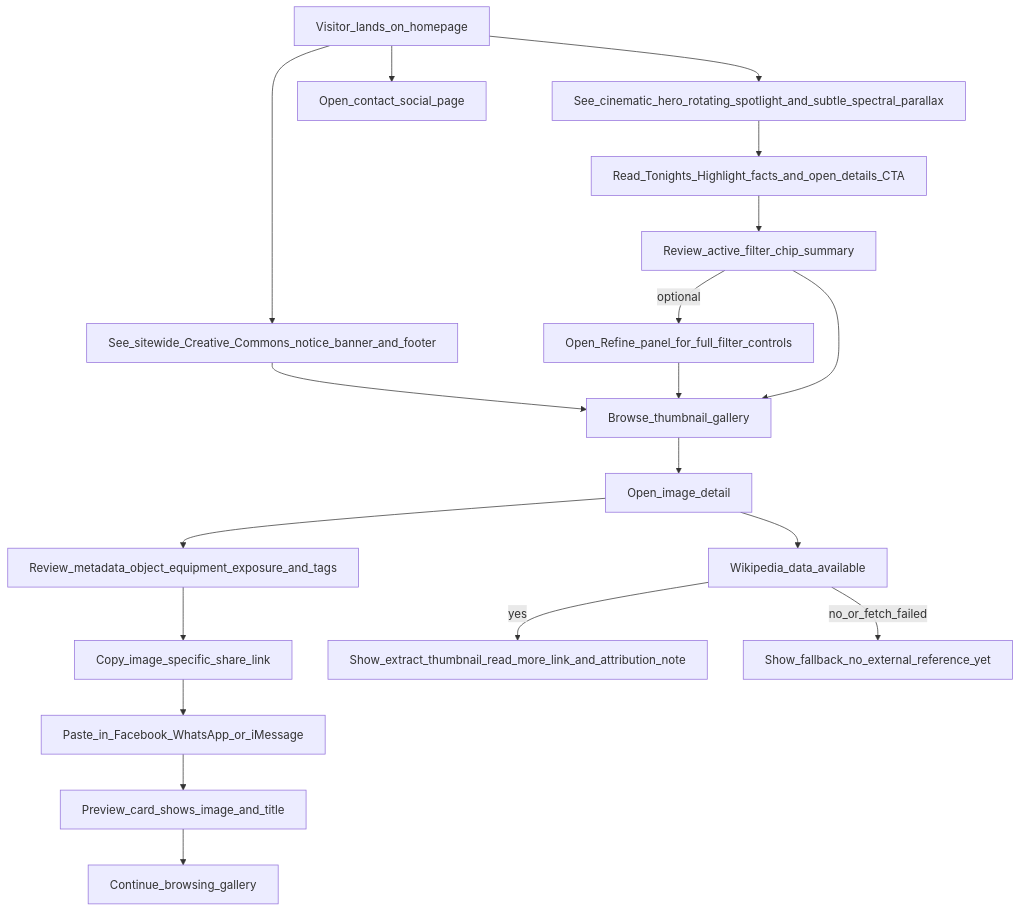
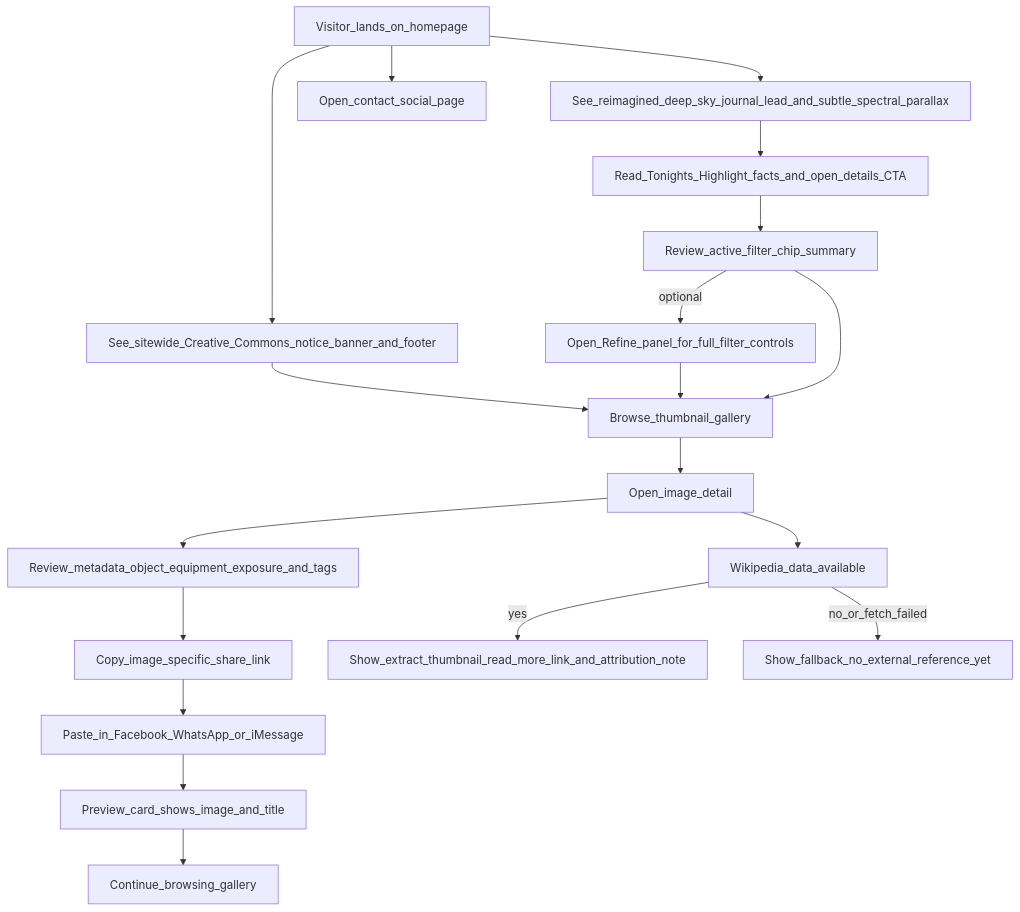
The first of 3 diagrams in README.md (smeird/images), drawn with Mermaid before and after one commit. The commit also changed other lines of this file and 3 other files, not shown here.

First line of the commit message:
Reimagine homepage landing shell and spotlight experience

````diff
--- a/README.md
+++ b/README.md
@@ -163,21 +163,21 @@
 ```mermaid
 flowchart TD
-  Visitor_lands_on_homepage --> See_cinematic_hero_rotating_spotlight_and_subtle_spectral_parallax
+  Visitor_lands_on_homepage --> See_reimagined_deep_sky_journal_lead_and_subtle_spectral_parallax
   Visitor_lands_on_homepage --> See_sitewide_Creative_Commons_notice_banner_and_footer
-  See_cinematic_hero_rotating_spotlight_and_subtle_spectral_parallax --> Read_Tonights_Highlight_facts_and_open_details_CTA
+  See_reimagined_deep_sky_journal_lead_and_subtle_spectral_parallax --> Read_Tonights_Highlight_facts_and_open_details_CTA
   Read_Tonights_Highlight_facts_and_open_details_CTA --> Review_active_filter_chip_summary
   See_sitewide_Creative_Commons_notice_banner_and_footer --> Browse_thumbnail_gallery
   Review_active_filter_chip_summary -->|optional| Open_Refine_panel_for_full_filter_controls
   Open_Refine_panel_for_full_filter_controls --> Browse_thumbnail_gallery
   Review_active_filter_chip_summary --> Browse_thumbnail_gallery
   Visitor_lands_on_homepage --> Open_contact_social_page
   Browse_thumbnail_gallery --> Open_image_detail
   Open_image_detail --> Review_metadata_object_equipment_exposure_and_tags
   Review_metadata_object_equipment_exposure_and_tags --> Copy_image_specific_share_link
   Copy_image_specific_share_link --> Paste_in_Facebook_WhatsApp_or_iMessage
   Paste_in_Facebook_WhatsApp_or_iMessage --> Preview_card_shows_image_and_title
   Preview_card_shows_image_and_title --> Continue_browsing_gallery
   Open_image_detail --> Wikipedia_data_available
   Wikipedia_data_available -->|yes| Show_extract_thumbnail_read_more_link_and_attribution_note
   Wikipedia_data_available -->|no_or_fetch_failed| Show_fallback_no_external_reference_yet
 ```
````
